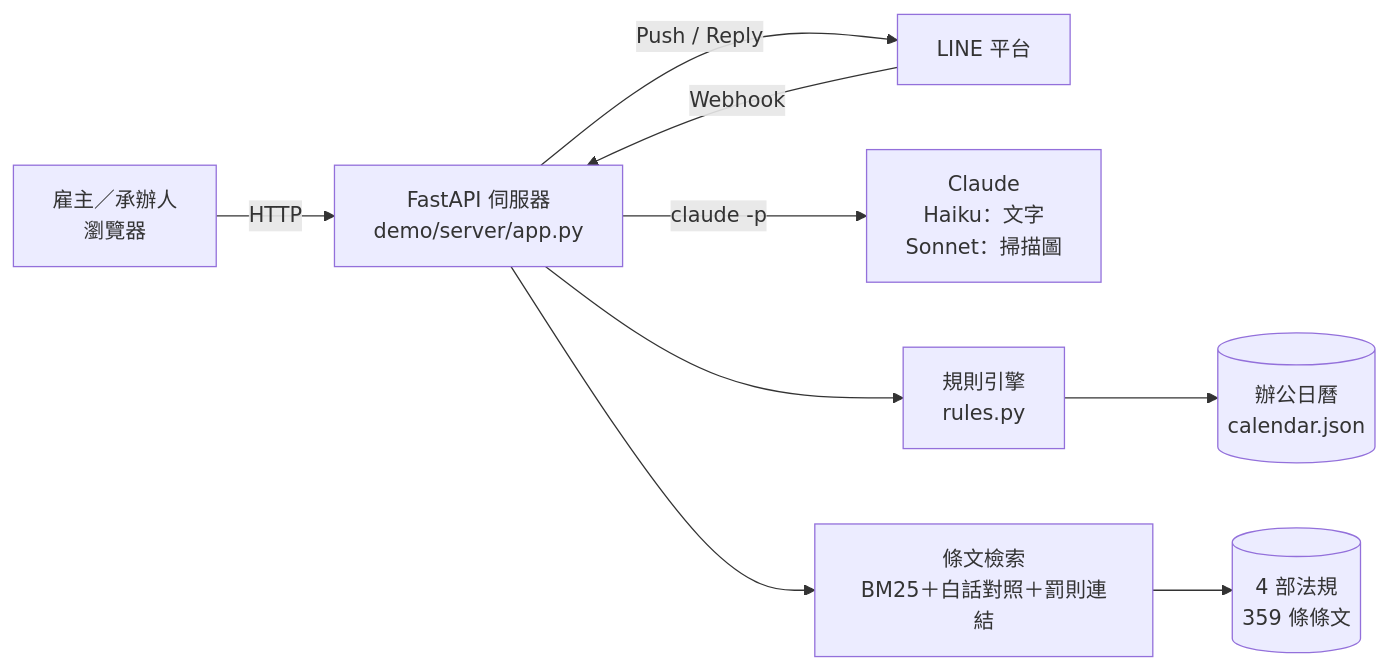
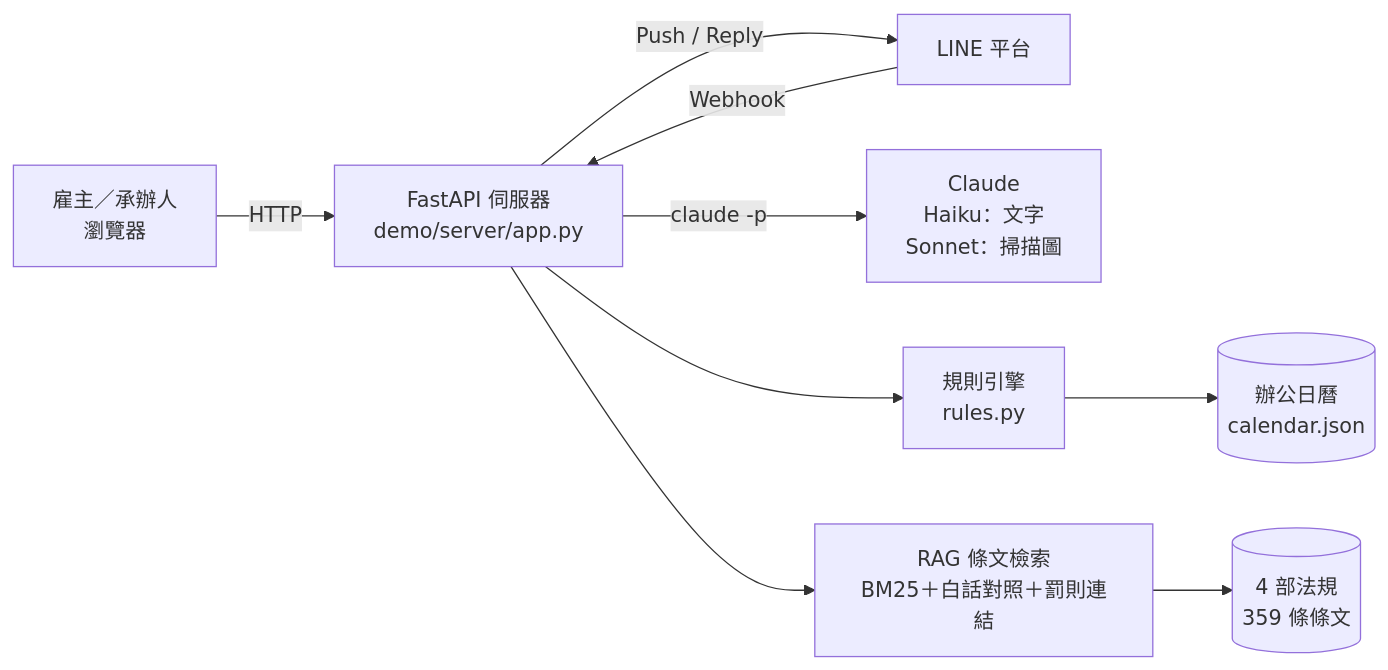
The diagram in README.md (Johnnnny0823/ai.zhupinan), drawn with Mermaid before and after one commit. The commit also changed other lines of this file, not shown here.

Commit message:
README: document RAG design, retrieval pipeline, and results

````diff
--- a/README.md
+++ b/README.md
@@ -165,11 +217,11 @@
 ```mermaid
 flowchart LR
   U[雇主／承辦人<br>瀏覽器] -->|HTTP| S[FastAPI 伺服器<br>demo/server/app.py]
   L[LINE 平台] -->|Webhook| S
   S -->|Push / Reply| L
   S -->|claude -p| C[Claude<br>Haiku：文字<br>Sonnet：掃描圖]
   S --> R[規則引擎<br>rules.py]
-  S --> Q[條文檢索<br>BM25＋白話對照＋罰則連結]
+  S --> Q[RAG 條文檢索<br>BM25＋白話對照＋罰則連結]
   R --> K[(辦公日曆<br>calendar.json)]
   Q --> W[(4 部法規<br>359 條條文)]
 ```
````
